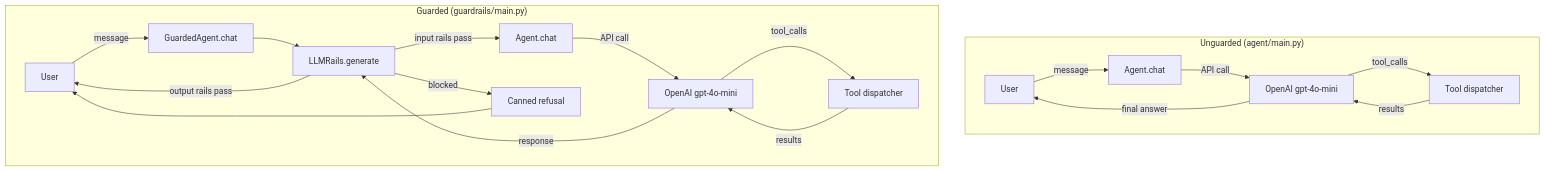
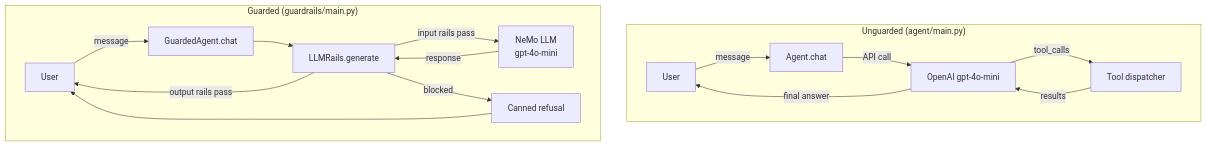
The first of 9 diagrams in README.md (repson/nemo-guardrails-poc), drawn with Mermaid before and after one commit. The commit also changed other lines of this file and 6 other files, not shown here.

````diff
--- a/README.md
+++ b/README.md
@@ -108,23 +111,20 @@
 ```mermaid
 graph TD
     subgraph Unguarded["Unguarded (agent/main.py)"]
         A1[User] -->|message| B1[Agent.chat]
         B1 -->|API call| C1[OpenAI gpt-4o-mini]
         C1 -->|tool_calls| D1[Tool dispatcher]
         D1 -->|results| C1
         C1 -->|final answer| A1
     end
 
     subgraph Guarded["Guarded (guardrails/main.py)"]
         A2[User] -->|message| B2[GuardedAgent.chat]
         B2 --> C2[LLMRails.generate]
-        C2 -->|input rails pass| D2[Agent.chat]
-        D2 -->|API call| E2[OpenAI gpt-4o-mini]
-        E2 -->|tool_calls| F2[Tool dispatcher]
-        F2 -->|results| E2
-        E2 -->|response| C2
+        C2 -->|input rails pass| D2[NeMo LLM<br/>gpt-4o-mini]
+        D2 -->|response| C2
         C2 -->|output rails pass| A2
         C2 -->|blocked| G2[Canned refusal]
         G2 --> A2
     end
 ```
````
